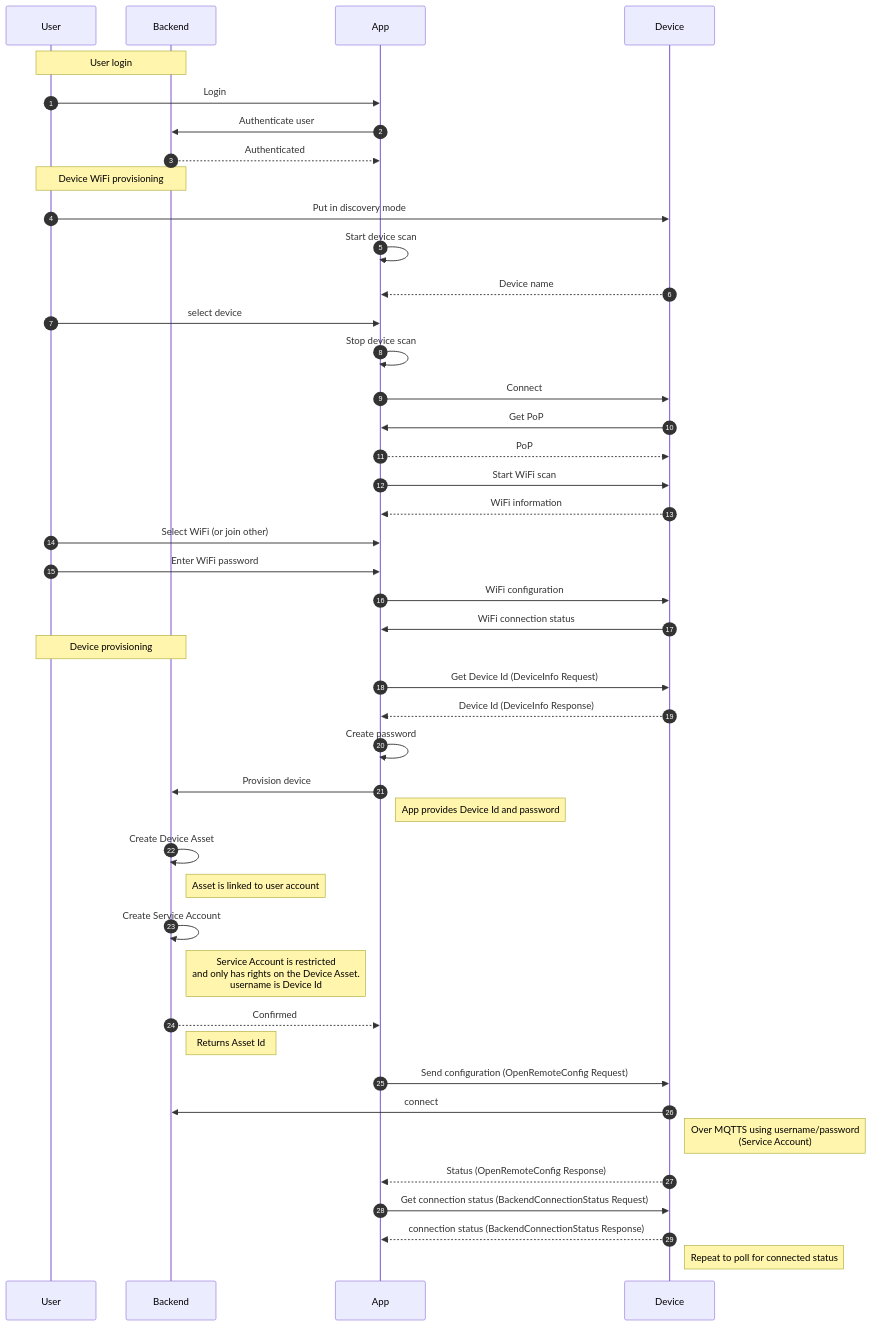
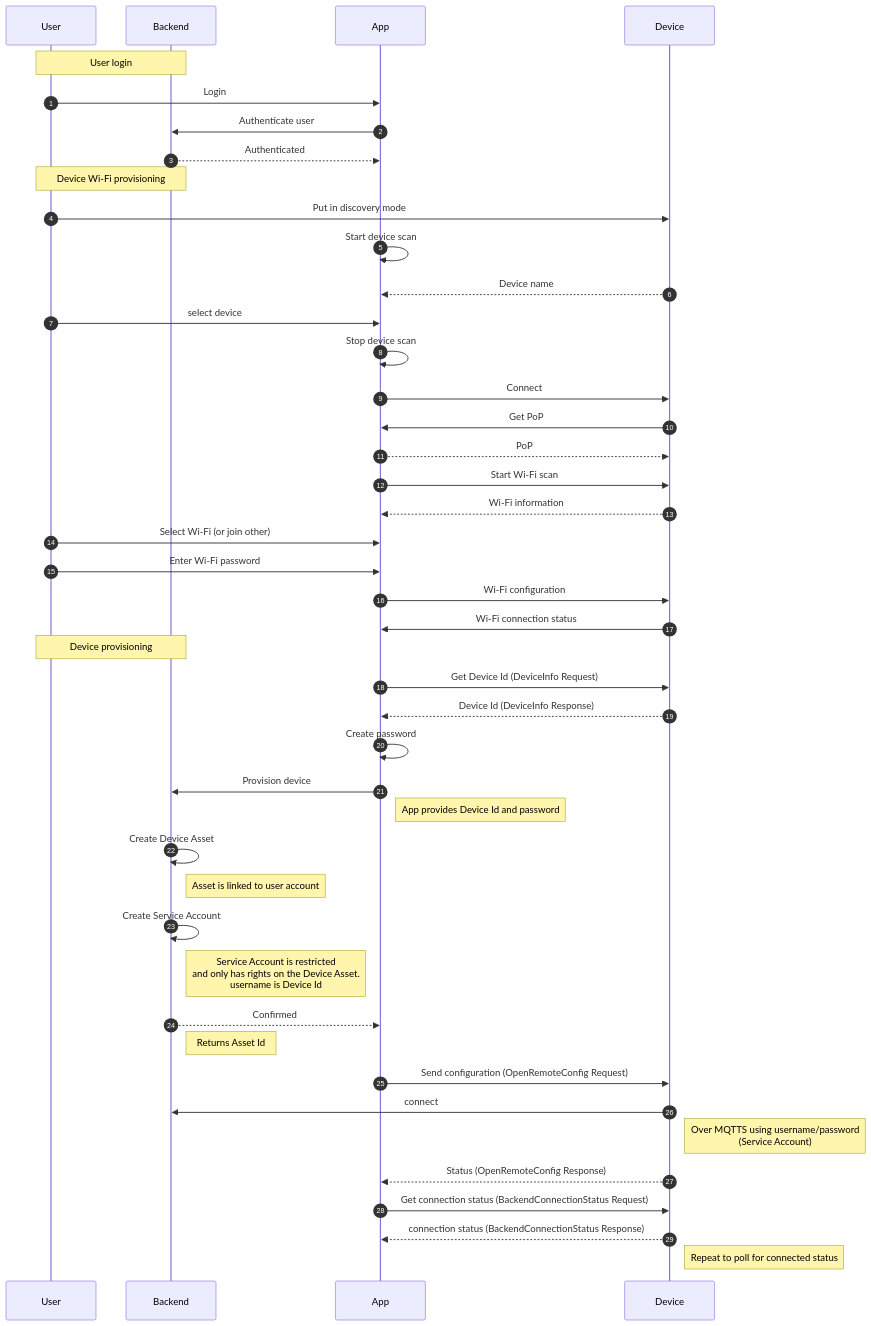
The second of 2 diagrams in docs/architecture/esp32-device.md (openremote/documentation), drawn with Mermaid before and after one commit. The commit also changed other lines of this file and 1 other file, not shown here.

Commit message:
Standardize writting of Wi-Fi term

````diff
--- a/docs/architecture/esp32-device.md
+++ b/docs/architecture/esp32-device.md
@@ -47,54 +47,54 @@
 ```mermaid
 sequenceDiagram
     autonumber
     
     Note over User,Backend: User login
     
     User->>App: Login
     App->>Backend: Authenticate user
     Backend-->>App: Authenticated
     
-    Note over User,Backend: Device WiFi provisioning
+    Note over User,Backend: Device Wi-Fi provisioning
     
     User->>Device: Put in discovery mode
     App->>App: Start device scan
     Device-->>App: Device name
     User->>App: select device
     App->>App: Stop device scan
     App->>Device: Connect
     Device->>App: Get PoP
     App-->>Device: PoP
-    App->>Device: Start WiFi scan
-    Device-->>App: WiFi information
-    User->>App: Select WiFi (or join other)
-    User->>App: Enter WiFi password
-    App->>Device: WiFi configuration
-    Device->>App: WiFi connection status
+    App->>Device: Start Wi-Fi scan
+    Device-->>App: Wi-Fi information
+    User->>App: Select Wi-Fi (or join other)
+    User->>App: Enter Wi-Fi password
+    App->>Device: Wi-Fi configuration
+    Device->>App: Wi-Fi connection status
     
     Note over User,Backend: Device provisioning
     
     App->>Device: Get Device Id (DeviceInfo Request)
     Device-->>App: Device Id (DeviceInfo Response)
     
     App->>App: Create password
     App->>Backend: Provision device
     Note right of App: App provides Device Id and password
     
     Backend->>Backend: Create Device Asset
     Note right of Backend: Asset is linked to user account
     
     Backend->>Backend: Create Service Account
     Note right of Backend: Service Account is restricted<br/>and only has rights on the Device Asset.<br/>username is Device Id
     
     Backend-->>App: Confirmed
     Note right of Backend: Returns Asset Id
     
     App->>Device: Send configuration (OpenRemoteConfig Request)
     Device->>Backend: connect
     Note right of Device: Over MQTTS using username/password<br/>(Service Account)
     
     Device-->>App: Status (OpenRemoteConfig Response)
     App->>Device: Get connection status (BackendConnectionStatus Request)
     Device-->>App: connection status (BackendConnectionStatus Response)
     Note right of Device: Repeat to poll for connected status  
 ```
````
